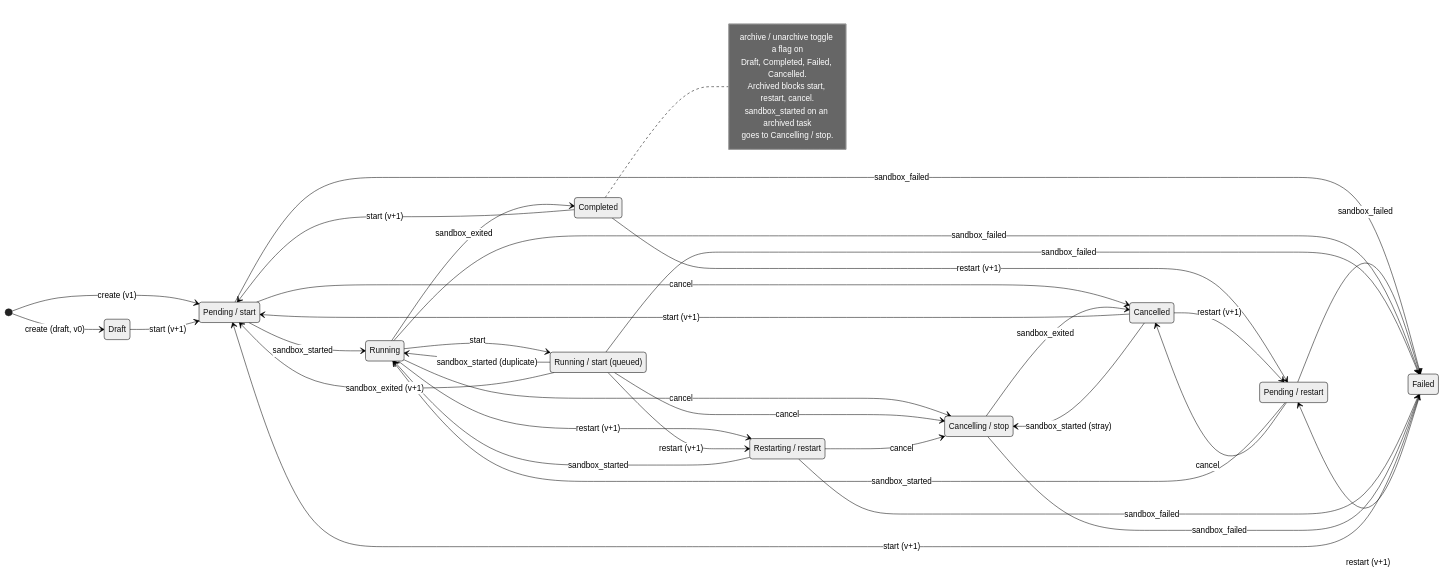
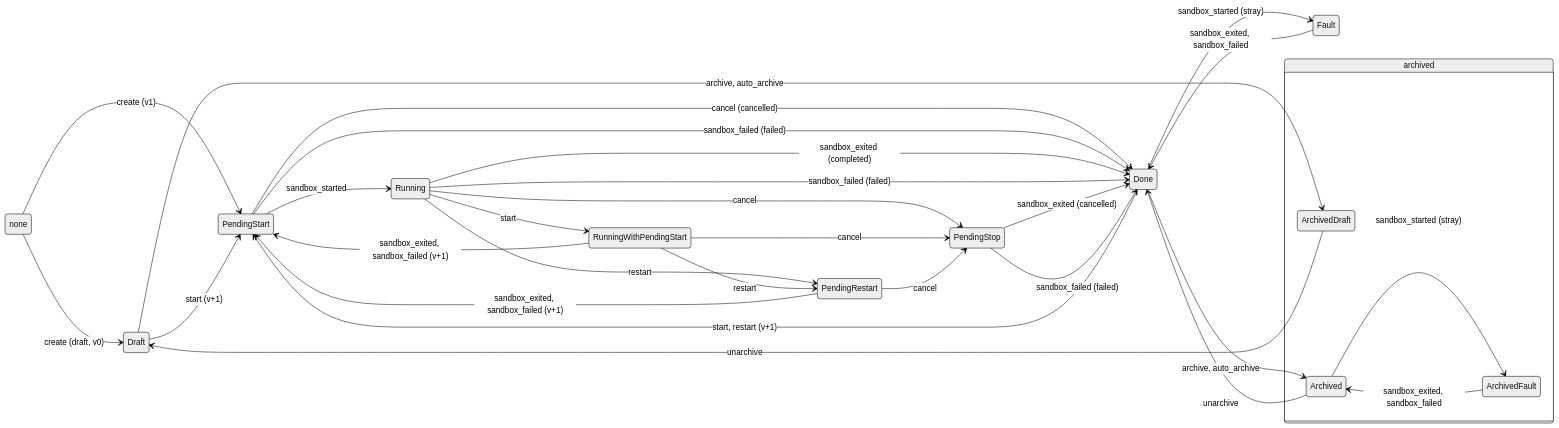
The diagram in docs/src/content/docs/proposals/draft/task-state-machine.md (gritzapp/gritz), drawn with Mermaid (neutral theme) before and after one commit. The commit also changed other lines of this file, not shown here.

First line of the commit message:
proposal: restate the task state machine around run states

````diff
--- a/docs/src/content/docs/proposals/draft/task-state-machine.md
+++ b/docs/src/content/docs/proposals/draft/task-state-machine.md
@@ -45,63 +84,55 @@
 ```mermaid
 stateDiagram-v2
   direction LR
 
+  state "none" as None
   state "Draft" as Draft
-  state "Pending / start" as PendingStart
-  state "Pending / restart" as PendingRestart
+  state "PendingStart" as PendingStart
   state "Running" as Running
-  state "Running / start (queued)" as RunningQueued
-  state "Restarting / restart" as Restarting
-  state "Cancelling / stop" as Cancelling
-  state "Completed" as Completed
-  state "Failed" as Failed
-  state "Cancelled" as Cancelled
+  state "RunningWithPendingStart" as RunningWithPendingStart
+  state "PendingStop" as PendingStop
+  state "PendingRestart" as PendingRestart
+  state "Done" as Done
+  state "Fault" as Fault
 
-  [*] --> Draft : create (draft, v0)
-  [*] --> PendingStart : create (v1)
+  state "archived" as archived {
+    state "ArchivedDraft" as ArchivedDraft
+    state "Archived" as Archived
+    state "ArchivedFault" as ArchivedFault
+  }
+
+  None --> Draft : create (draft, v0)
+  None --> PendingStart : create (v1)
 
   Draft --> PendingStart : start (v+1)
-  Completed --> PendingStart : start (v+1)
-  Failed --> PendingStart : start (v+1)
-  Cancelled --> PendingStart : start (v+1)
-
-  Completed --> PendingRestart : restart (v+1)
-  Failed --> PendingRestart : restart (v+1)
-  Cancelled --> PendingRestart : restart (v+1)
+  Done --> PendingStart : start, restart (v+1)
 
   PendingStart --> Running : sandbox_started
-  PendingRestart --> Running : sandbox_started
-  Restarting --> Running : sandbox_started
-  RunningQueued --> Running : sandbox_started (duplicate)
+  Running --> RunningWithPendingStart : start
+  Running --> PendingRestart : restart
+  RunningWithPendingStart --> PendingRestart : restart
 
-  Running --> RunningQueued : start
-  Running --> Restarting : restart (v+1)
-  RunningQueued --> Restarting : restart (v+1)
+  RunningWithPendingStart --> PendingStart : sandbox_exited, sandbox_failed (v+1)
+  PendingRestart --> PendingStart : sandbox_exited, sandbox_failed (v+1)
 
-  Running --> Completed : sandbox_exited
-  RunningQueued --> PendingStart : sandbox_exited (v+1)
+  Running --> PendingStop : cancel
+  RunningWithPendingStart --> PendingStop : cancel
+  PendingRestart --> PendingStop : cancel
 
-  PendingStart --> Cancelled : cancel
-  PendingRestart --> Cancelled : cancel
-  Running --> Cancelling : cancel
-  RunningQueued --> Cancelling : cancel
-  Restarting --> Cancelling : cancel
-  Cancelling --> Cancelled : sandbox_exited
+  PendingStart --> Done : cancel (cancelled)
+  PendingStart --> Done : sandbox_failed (failed)
+  Running --> Done : sandbox_exited (completed)
+  Running --> Done : sandbox_failed (failed)
+  PendingStop --> Done : sandbox_exited (cancelled)
+  PendingStop --> Done : sandbox_failed (failed)
 
-  PendingStart --> Failed : sandbox_failed
-  PendingRestart --> Failed : sandbox_failed
-  Running --> Failed : sandbox_failed
-  RunningQueued --> Failed : sandbox_failed
-  Restarting --> Failed : sandbox_failed
-  Cancelling --> Failed : sandbox_failed
+  Done --> Fault : sandbox_started (stray)
+  Fault --> Done : sandbox_exited, sandbox_failed
 
-  Cancelled --> Cancelling : sandbox_started (stray)
-
-  note right of Completed
-    archive / unarchive toggle a flag on
-    Draft, Completed, Failed, Cancelled.
-    Archived blocks start, restart, cancel.
-    sandbox_started on an archived task
-    goes to Cancelling / stop.
-  end note
+  Draft --> ArchivedDraft : archive, auto_archive
+  ArchivedDraft --> Draft : unarchive
+  Done --> Archived : archive, auto_archive
+  Archived --> Done : unarchive
+  Archived --> ArchivedFault : sandbox_started (stray)
+  ArchivedFault --> Archived : sandbox_exited, sandbox_failed
 ```
````
